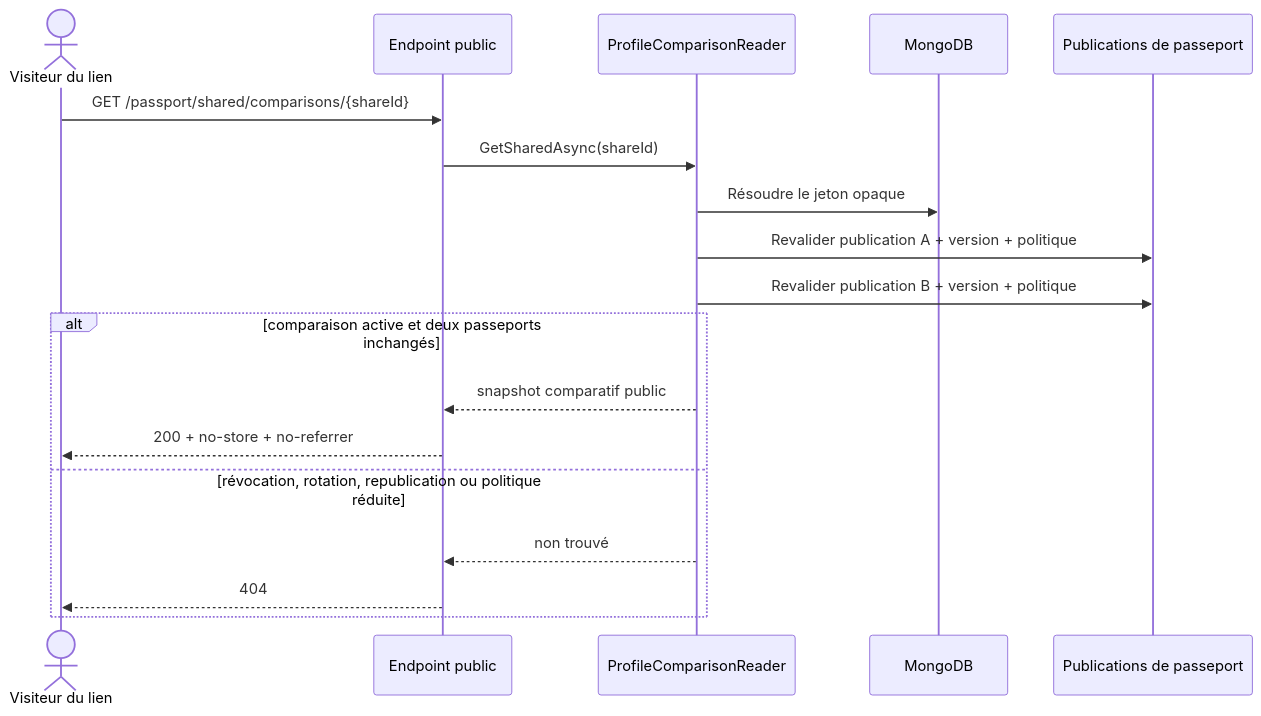
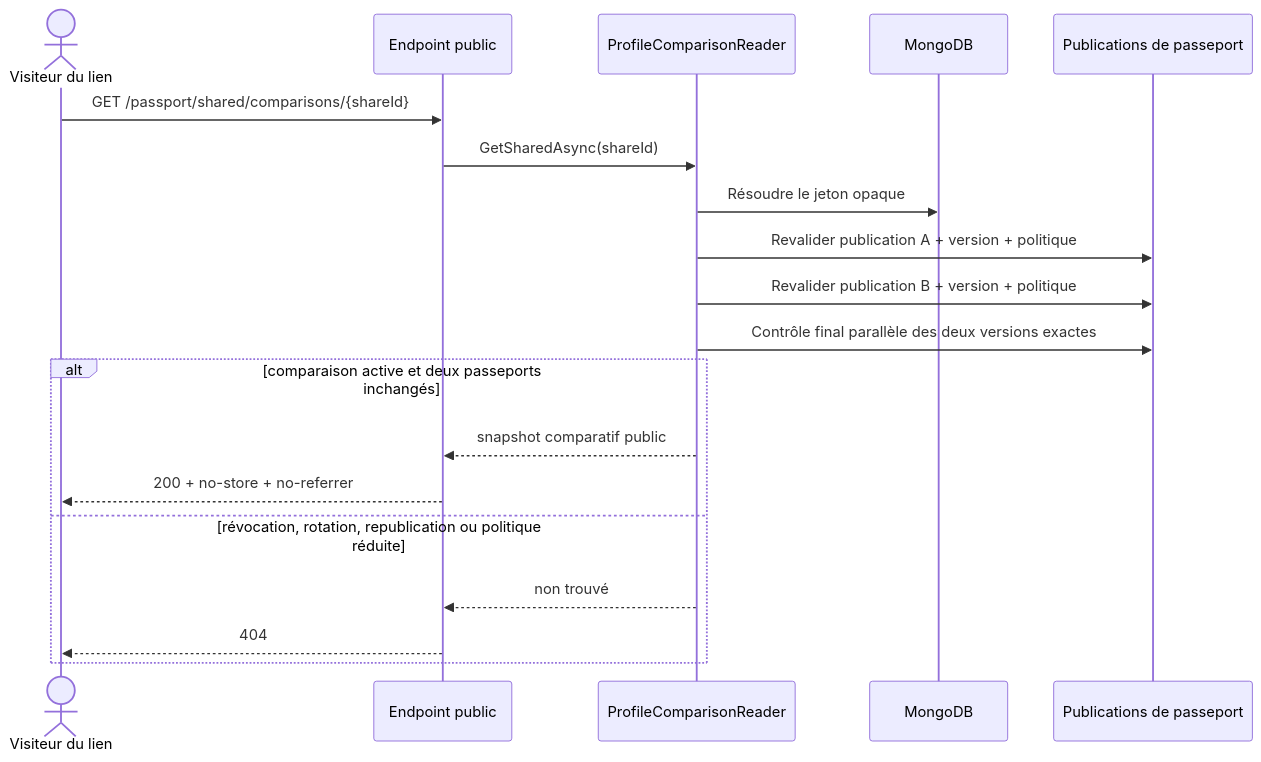
One commit to Ced59/AmusementParkProject changed the fifth of 6 diagrams in docs/architecture/product-growth-share-12-profile-comparison-results-2026-09-13.md. Above: the diagram before and after it, drawn with Mermaid. The commit also changed other lines of this file and 24 other files, not shown here.

````diff
--- a/docs/architecture/product-growth-share-12-profile-comparison-results-2026-09-13.md
+++ b/docs/architecture/product-growth-share-12-profile-comparison-results-2026-09-13.md
@@ -288,21 +289,22 @@
 ```mermaid
 sequenceDiagram
   actor V as Visiteur du lien
   participant API as Endpoint public
   participant READ as ProfileComparisonReader
   participant DB as MongoDB
   participant PUB as Publications de passeport
 
   V->>API: GET /passport/shared/comparisons/{shareId}
   API->>READ: GetSharedAsync(shareId)
   READ->>DB: Résoudre le jeton opaque
   READ->>PUB: Revalider publication A + version + politique
   READ->>PUB: Revalider publication B + version + politique
+  READ->>PUB: Contrôle final parallèle des deux versions exactes
   alt comparaison active et deux passeports inchangés
     READ-->>API: snapshot comparatif public
     API-->>V: 200 + no-store + no-referrer
   else révocation, rotation, republication ou politique réduite
     READ-->>API: non trouvé
     API-->>V: 404
   end
 ```
````
